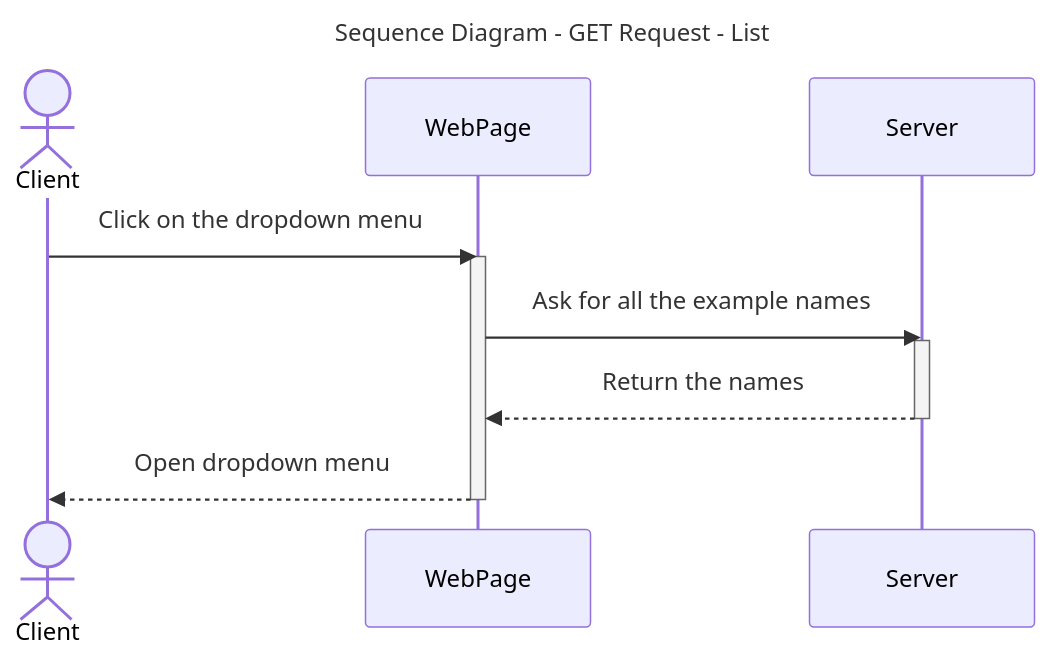
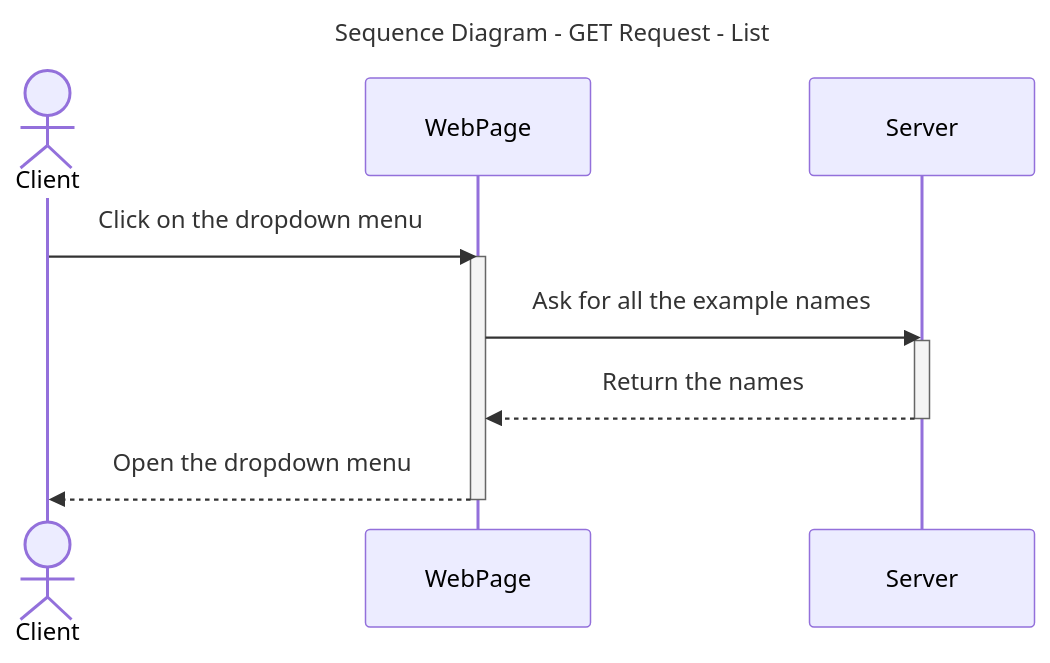
Before and after one commit to algosup/2024-2025-project-4-web-fpga-team-5: the second of 8 diagrams in documents/technical/technicalSpecifications.md, drawn with Mermaid. The commit also changed other lines of this file, not shown here.

````diff
--- a/documents/technical/technicalSpecifications.md
+++ b/documents/technical/technicalSpecifications.md
@@ -244,18 +244,18 @@
 ```mermaid
 ---
 title: Sequence Diagram - GET Request - List
 ---
 sequenceDiagram
 actor C as Client
 participant W as WebPage
 participant S as Server
 
 C->>W: Click on the dropdown menu
 activate W
 W->>S: Ask for all the example names
 activate S
 S-->>W: Return the names
 deactivate S
-W-->>C: Open dropdown menu
+W-->>C: Open the dropdown menu
 deactivate W
 ```
````
